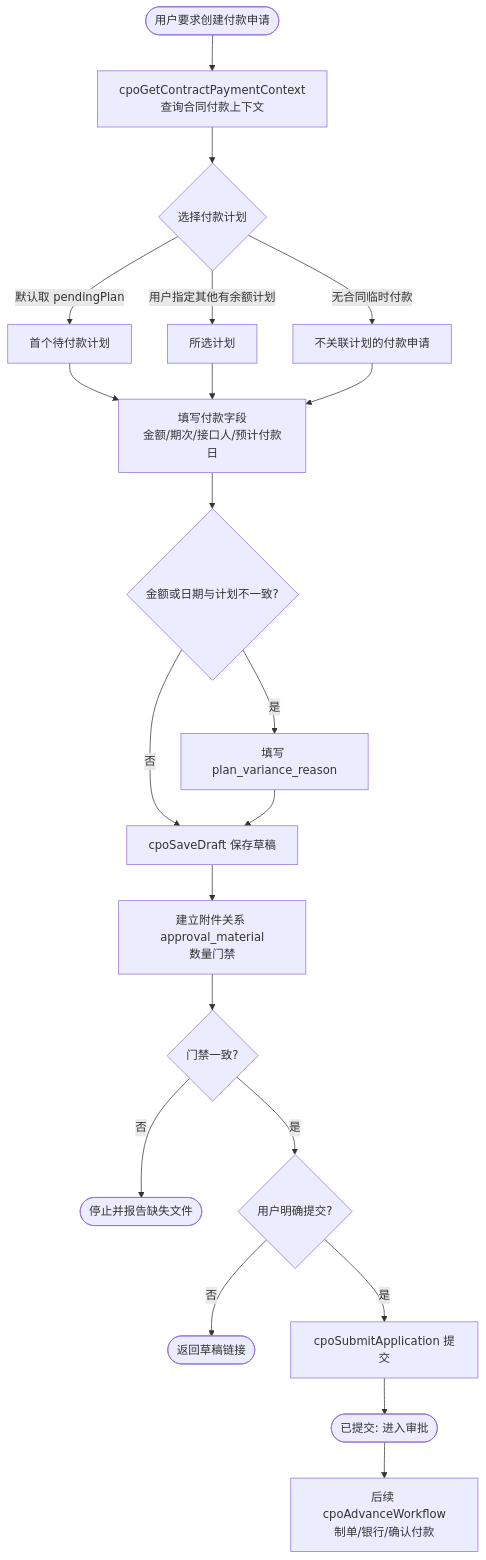
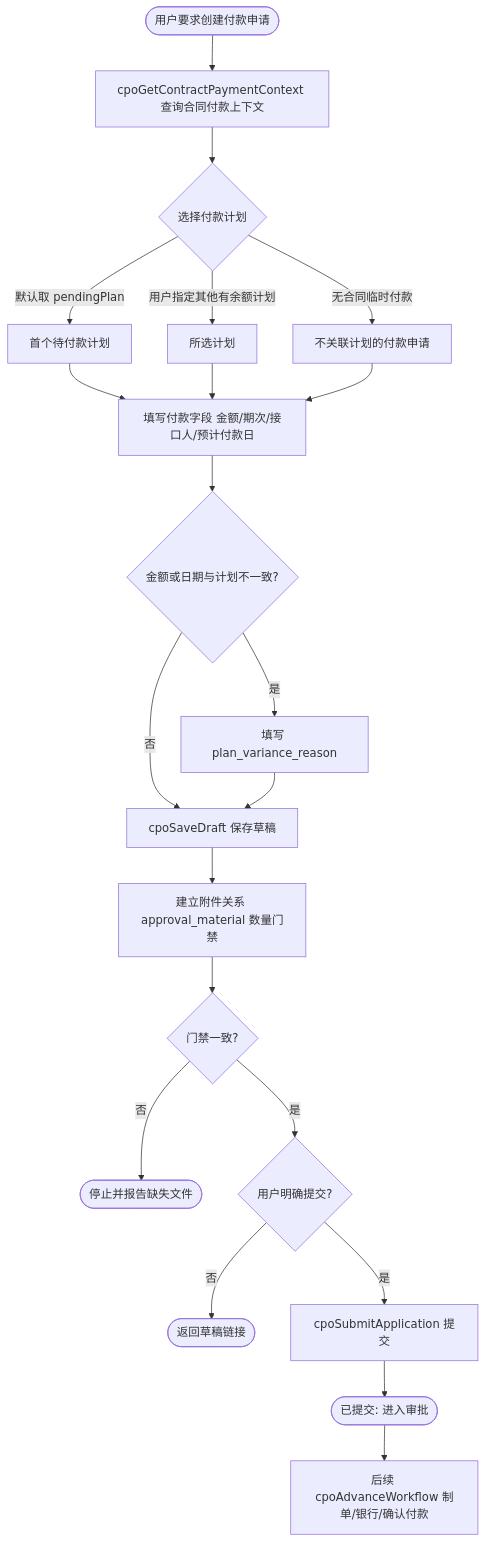
Before and after one commit to lovrabet/ei-demo: the diagram in .agents/skills/cpo-payment-application/SKILL.md, drawn with Mermaid. The commit also changed 8 other files, not shown here.

Commit message:
feat: 侧边栏菜单移除飞书消息通知；skill 流程图去掉平台不支持的 br 换行标签

````diff
--- a/.agents/skills/cpo-payment-application/SKILL.md
+++ b/.agents/skills/cpo-payment-application/SKILL.md
@@ -14,23 +14,23 @@
 ```mermaid
 flowchart TD
-  Start([用户要求创建付款申请]) --> L1[cpoGetContractPaymentContext<br/>查询合同付款上下文]
+  Start([用户要求创建付款申请]) --> L1[cpoGetContractPaymentContext 查询合同付款上下文]
   L1 --> L2{选择付款计划}
   L2 -- 默认取 pendingPlan --> L3[首个待付款计划]
   L2 -- 用户指定其他有余额计划 --> L4[所选计划]
   L2 -- 无合同临时付款 --> L5[不关联计划的付款申请]
   L3 --> F1
   L4 --> F1
-  L5 --> F1[填写付款字段<br/>金额/期次/接口人/预计付款日]
+  L5 --> F1[填写付款字段 金额/期次/接口人/预计付款日]
   F1 --> F2{金额或日期与计划不一致?}
   F2 -- 是 --> F3[填写 plan_variance_reason]
   F2 -- 否 --> F4
   F3 --> F4[cpoSaveDraft 保存草稿]
-  F4 --> F5[建立附件关系 approval_material<br/>数量门禁]
+  F4 --> F5[建立附件关系 approval_material 数量门禁]
   F5 --> F6{门禁一致?}
   F6 -- 否 --> Stop1([停止并报告缺失文件])
   F6 -- 是 --> F7{用户明确提交?}
   F7 -- 否 --> E1([返回草稿链接])
   F7 -- 是 --> F8[cpoSubmitApplication 提交]
   F8 --> F9([已提交: 进入审批])
-  F9 --> F10[后续 cpoAdvanceWorkflow<br/>制单/银行/确认付款]
+  F9 --> F10[后续 cpoAdvanceWorkflow 制单/银行/确认付款]
 ```
````
